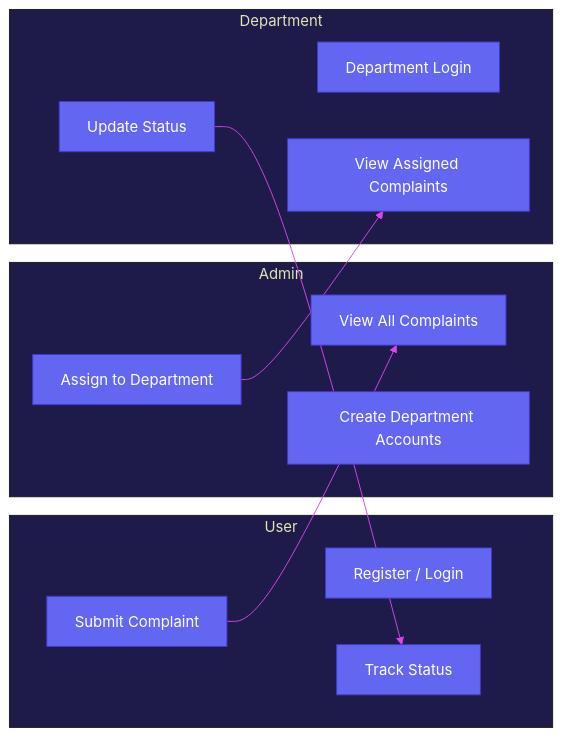
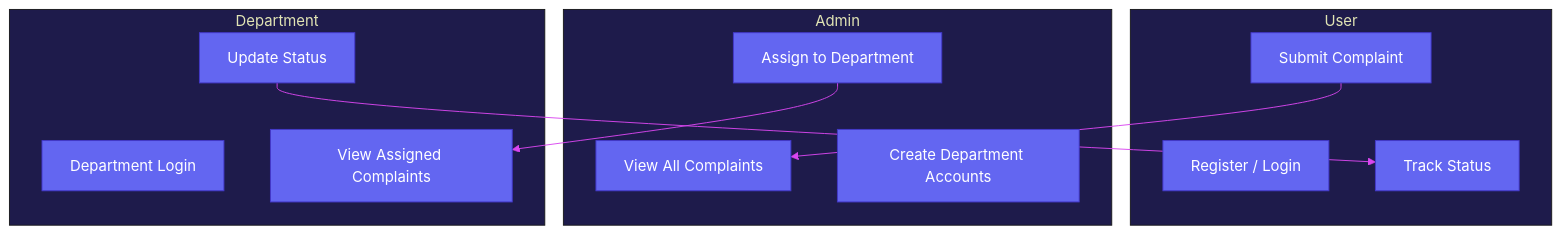
The first of 4 diagrams in README.md (jagratsati45/complaint_system_project), drawn with Mermaid before and after one commit. The commit also changed other lines of this file, not shown here.

````diff
--- a/README.md
+++ b/README.md
@@ -232,22 +211,22 @@
 ```mermaid
 %%{init: {'theme':'base','themeVariables':{'primaryColor':'#6366F1','primaryTextColor':'#fff','primaryBorderColor':'#4338CA','lineColor':'#D946EF','secondaryColor':'#F59E0B','tertiaryColor':'#1E1B4B'}}}%%
-flowchart LR
+flowchart TB
   subgraph User
     U1[Register / Login]
     U2[Submit Complaint]
     U3[Track Status]
   end
   subgraph Admin
     A1[View All Complaints]
     A2[Create Department Accounts]
     A3[Assign to Department]
   end
   subgraph Department
     D1[Department Login]
     D2[View Assigned Complaints]
     D3[Update Status]
   end
   U2 --> A1
   A3 --> D2
   D3 --> U3
 ```
````
